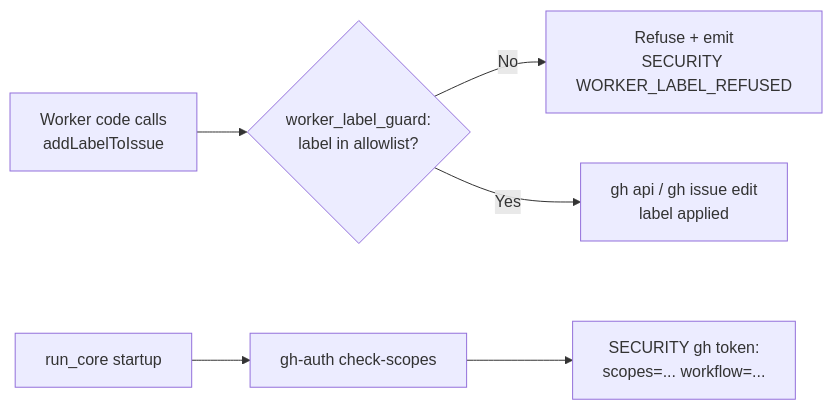
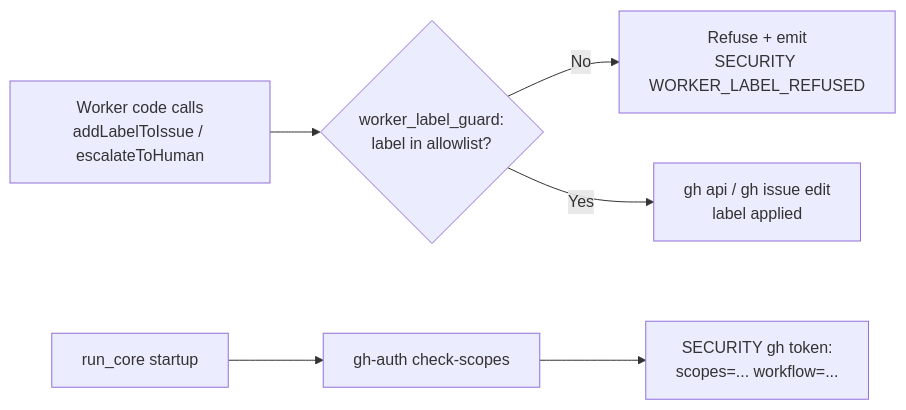
The third of 4 diagrams in docs/AGENT-ACCOUNTABILITY.md (stSoftwareAU/VibeCoder), drawn with Mermaid before and after one commit. The commit also changed other lines of this file and 4 other files, not shown here.

First line of the commit message:
security: route the last two label-add call sites through the worker allowlist guard (Issue #13)

````diff
--- a/docs/AGENT-ACCOUNTABILITY.md
+++ b/docs/AGENT-ACCOUNTABILITY.md
@@ -590,8 +597,8 @@
 ```mermaid
 flowchart LR
-    A[Worker code calls<br/>addLabelToIssue] --> B{worker_label_guard:<br/>label in allowlist?}
+    A[Worker code calls<br/>addLabelToIssue / escalateToHuman] --> B{worker_label_guard:<br/>label in allowlist?}
     B -- No --> C[Refuse + emit<br/>SECURITY WORKER_LABEL_REFUSED]
     B -- Yes --> D[gh api / gh issue edit<br/>label applied]
     E[run_core startup] --> F[gh-auth check-scopes]
     F --> G[SECURITY gh token:<br/>scopes=... workflow=...]
 ```
````
